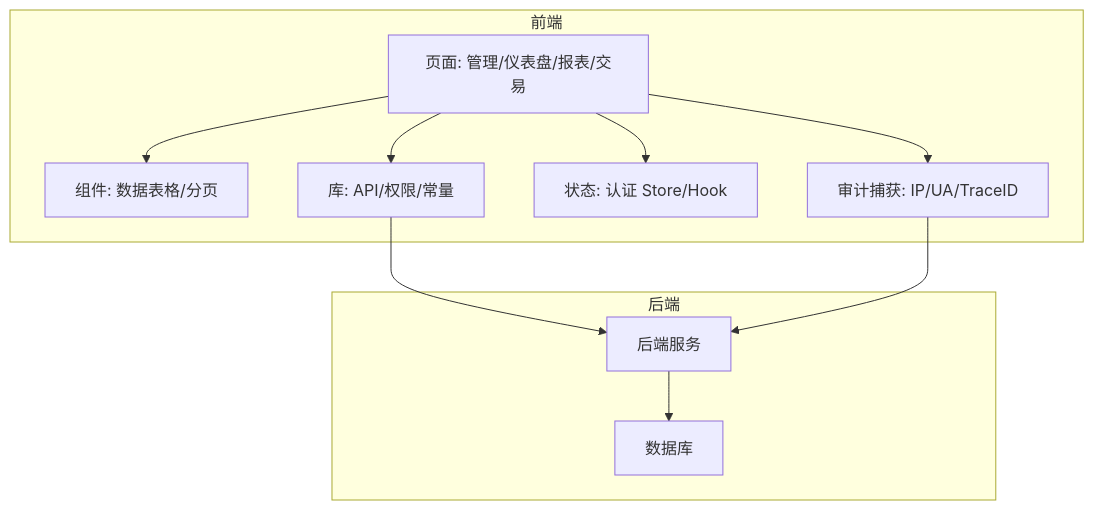
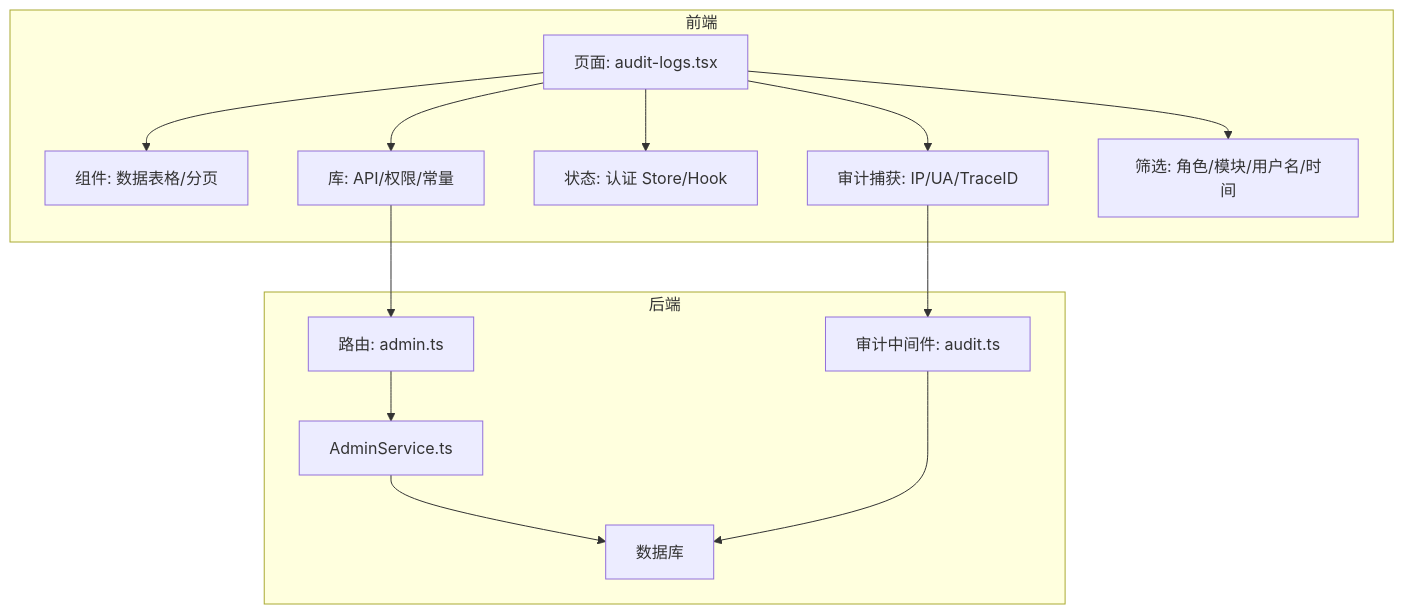
One commit to Damao997/newproject changed the second of 8 diagrams in .qoder/repowiki/zh/content/核心模块/审计日志系统.md. Above: the diagram before and after it, drawn with Mermaid. The commit also changed other lines of this file and 10 other files, not shown here.

````diff
--- a/.qoder/repowiki/zh/content/核心模块/审计日志系统.md
+++ b/.qoder/repowiki/zh/content/核心模块/审计日志系统.md
@@ -117,21 +105,27 @@
 ```mermaid
 graph TB
 subgraph "前端"
-P1["页面: 管理/仪表盘/报表/交易"]
+P1["页面: audit-logs.tsx"]
 C1["组件: 数据表格/分页"]
 L1["库: API/权限/常量"]
 S1["状态: 认证 Store/Hook"]
 A1["审计捕获: IP/UA/TraceID"]
+F1["筛选: 角色/模块/用户名/时间"]
 end
 subgraph "后端"
-BE["后端服务"]
+BE["AdminService.ts"]
 DB["数据库"]
+M1["审计中间件: audit.ts"]
+R1["路由: admin.ts"]
 end
 P1 --> C1
 P1 --> L1
 P1 --> S1
 P1 --> A1
-L1 --> BE
+P1 --> F1
+L1 --> R1
+R1 --> BE
 BE --> DB
-A1 --> BE
+A1 --> M1
+M1 --> DB
 ```
````
